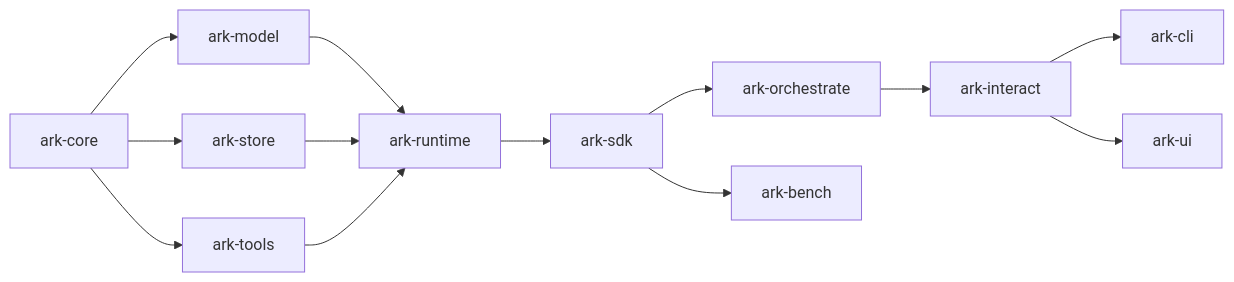
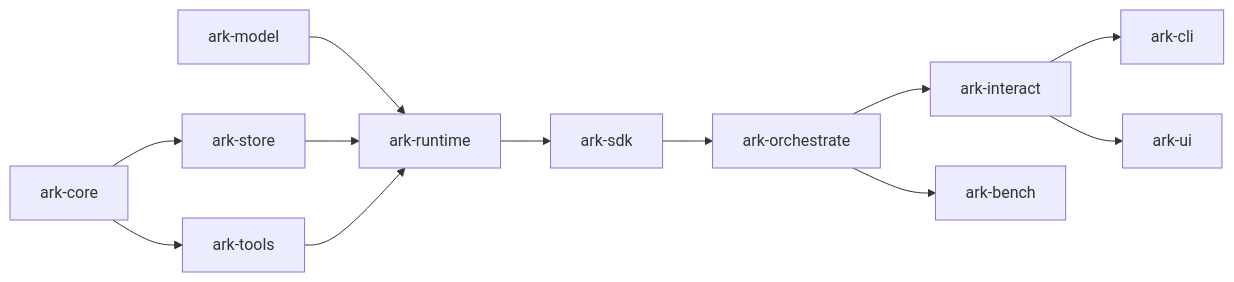
One commit to 0x00vb/ARK changed the second of 5 diagrams in docs/ARCHITECTURE.md. Above: the diagram before and after it, drawn with Mermaid. The commit also changed other lines of this file and 8 other files, not shown here.

````diff
--- a/docs/ARCHITECTURE.md
+++ b/docs/ARCHITECTURE.md
@@ -51,7 +51,7 @@
 ```mermaid
 flowchart LR
-    core[ark-core] --> model[ark-model] & store[ark-store] & tools[ark-tools]
-    model & store & tools --> runtime[ark-runtime] --> sdk[ark-sdk]
+    core[ark-core] --> store[ark-store] & tools[ark-tools]
+    model[ark-model] & store & tools --> runtime[ark-runtime] --> sdk[ark-sdk]
     sdk --> orch[ark-orchestrate] --> interact[ark-interact] --> cli[ark-cli] & ui[ark-ui]
-    sdk --> bench[ark-bench]
+    orch --> bench[ark-bench]
 ```
````
